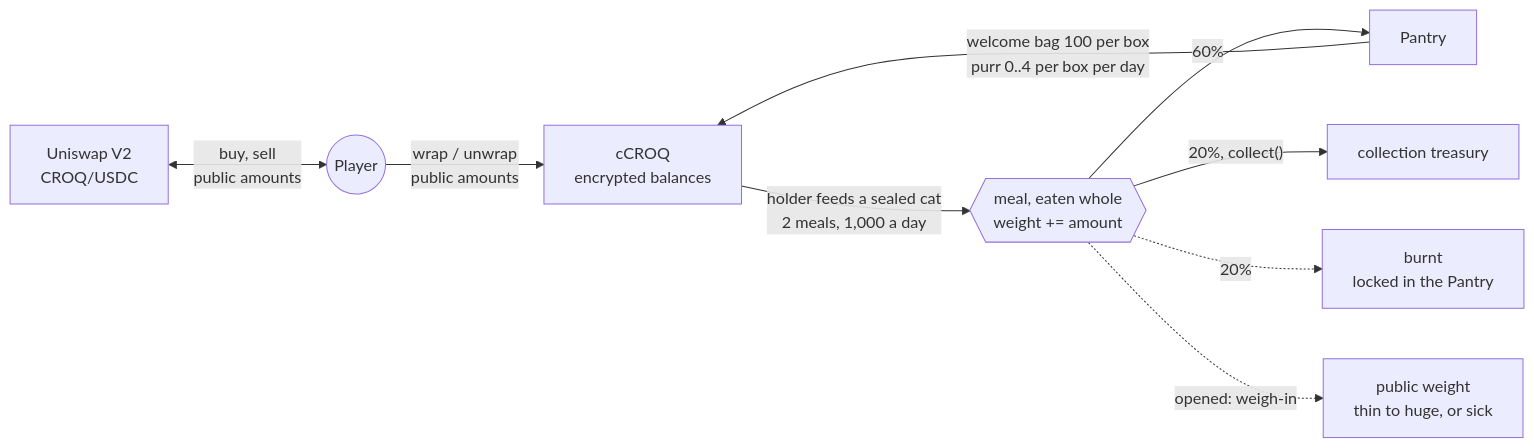
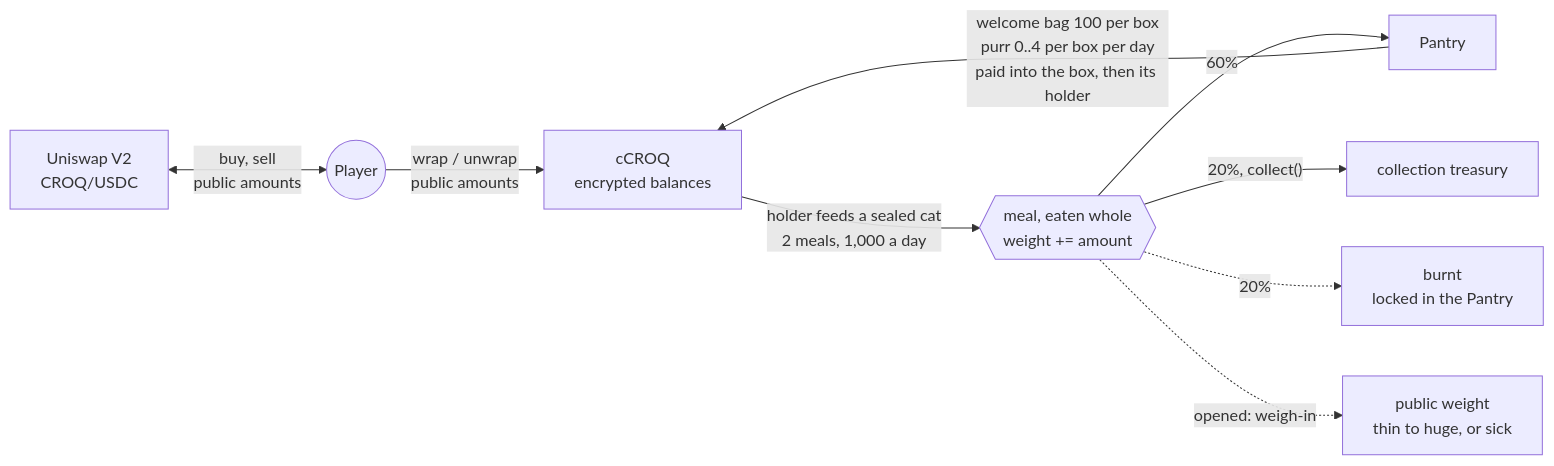
The third of 3 diagrams in README.md (jecombe/do_not_open), drawn with Mermaid before and after one commit. The commit also changed other lines of this file and 25 other files, not shown here.

````diff
--- a/README.md
+++ b/README.md
@@ -107,11 +119,11 @@
 ```mermaid
 flowchart LR
   pool["Uniswap V2<br/>CROQ/USDC"] <-- "buy, sell<br/>public amounts" --> player(("Player"))
   player -- "wrap / unwrap<br/>public amounts" --> ccroq["cCROQ<br/>encrypted balances"]
-  pantry["Pantry"] -- "welcome bag 100 per box<br/>purr 0..4 per box per day" --> ccroq
+  pantry["Pantry"] -- "welcome bag 100 per box<br/>purr 0..4 per box per day<br/>paid into the box, then its holder" --> ccroq
   ccroq -- "holder feeds a sealed cat<br/>2 meals, 1,000 a day" --> meal{{"meal, eaten whole<br/>weight += amount"}}
   meal -- "60%" --> pantry
   meal -- "20%, collect()" --> treasury["collection treasury"]
   meal -. "20%" .-> burnt["burnt<br/>locked in the Pantry"]
   meal -. "opened: weigh-in" .-> build["public weight<br/>thin to huge, or sick"]
 ```
````
